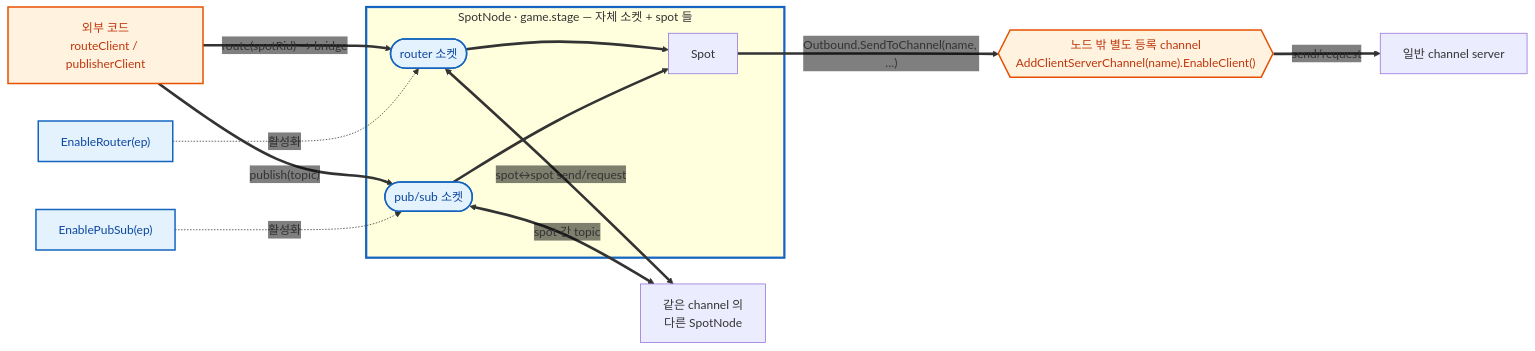
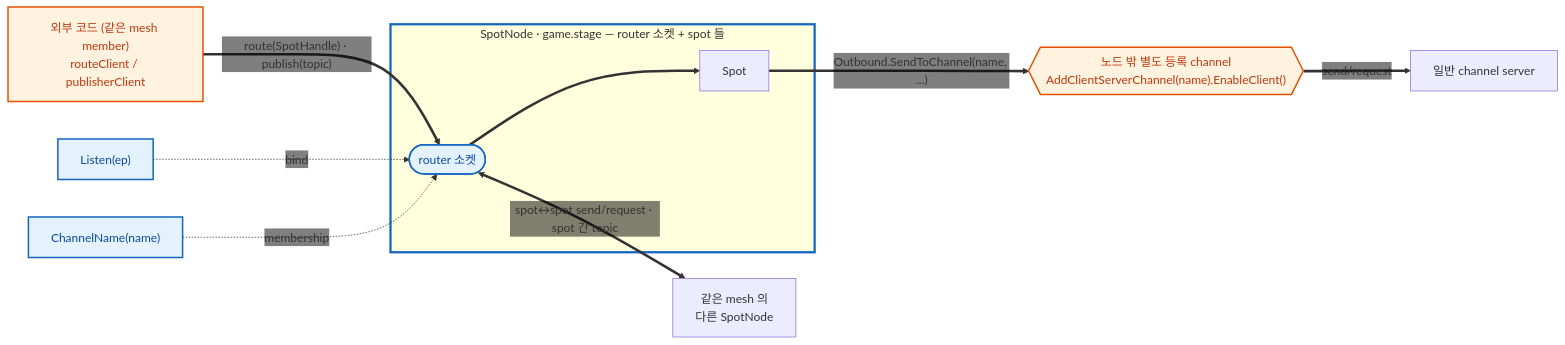
One commit to kairos-code-dev/zlink changed the second of 8 diagrams in framework/doc/framework/dotnet/guide/06-spot.ko.md. Above: the diagram before and after it, drawn with Mermaid. The commit also changed other lines of this file and 7 other files, not shown here.

````diff
--- a/framework/doc/framework/dotnet/guide/06-spot.ko.md
+++ b/framework/doc/framework/dotnet/guide/06-spot.ko.md
@@ -148,31 +150,28 @@
 ```mermaid
 %%{init: {'themeVariables': {'edgeLabelBackground':'transparent'}}}%%
 flowchart LR
-  subgraph node["SpotNode · game.stage — 자체 소켓 + spot 들"]
+  subgraph node["SpotNode · game.stage — router 소켓 + spot 들"]
     rsock(["router 소켓"])
-    psock(["pub/sub 소켓"])
     spot["Spot"]
   end
 
-  %% 🟦 자기 channel mesh — 같은 channel의 다른 SpotNode와
-  peer["같은 channel 의<br/>다른 SpotNode"]
-  rsock <==>|"spot↔spot send/request"| peer
-  psock <==>|"spot 간 topic"| peer
+  %% 🟦 자기 mesh — 같은 mesh의 다른 SpotNode와
+  peer["같은 mesh 의<br/>다른 SpotNode"]
+  rsock <==>|"spot↔spot send/request · spot 간 topic"| peer
 
-  %% 외부 → spot : 이 노드의 router/pub 소켓으로 들어온다
-  ext["외부 코드<br/>routeClient / publisherClient"]
-  ext ==>|"route(spotRid) → bridge"| rsock ==> spot
-  ext ==>|"publish(topic)"| psock ==> spot
+  %% 외부 → spot : 같은 mesh member의 router 소켓으로 들어온다
+  ext["외부 코드 (같은 mesh member)<br/>routeClient / publisherClient"]
+  ext ==>|"route(SpotHandle) · publish(topic)"| rsock ==> spot
 
   %% spot → 외부 channel : 노드 밖에 따로 등록한 channel을 이름으로 호출
   spot ==>|"Outbound.SendToChannel(name, …)"| chan{{"노드 밖 별도 등록 channel<br/>AddClientServerChannel(name).EnableClient()"}} ==>|"send/request"| svc["일반 channel server"]
 
-  fRouter["EnableRouter(ep)"] -. 활성화 .-> rsock
-  fPubSub["EnablePubSub(ep)"] -. 활성화 .-> psock
+  fListen["Listen(ep)"] -. bind .-> rsock
+  fChannel["ChannelName(name)"] -. membership .-> rsock
 
   classDef ownMesh fill:#e3f2fd,stroke:#1565c0,stroke-width:2px,color:#0d47a1;
   classDef ext fill:#fff3e0,stroke:#e65100,stroke-width:2px,color:#bf360c;
-  class fRouter,fPubSub,rsock,psock ownMesh;
+  class fListen,fChannel,rsock ownMesh;
   class chan,ext ext;
   style node stroke:#1565c0,stroke-width:3px
 ```
````
